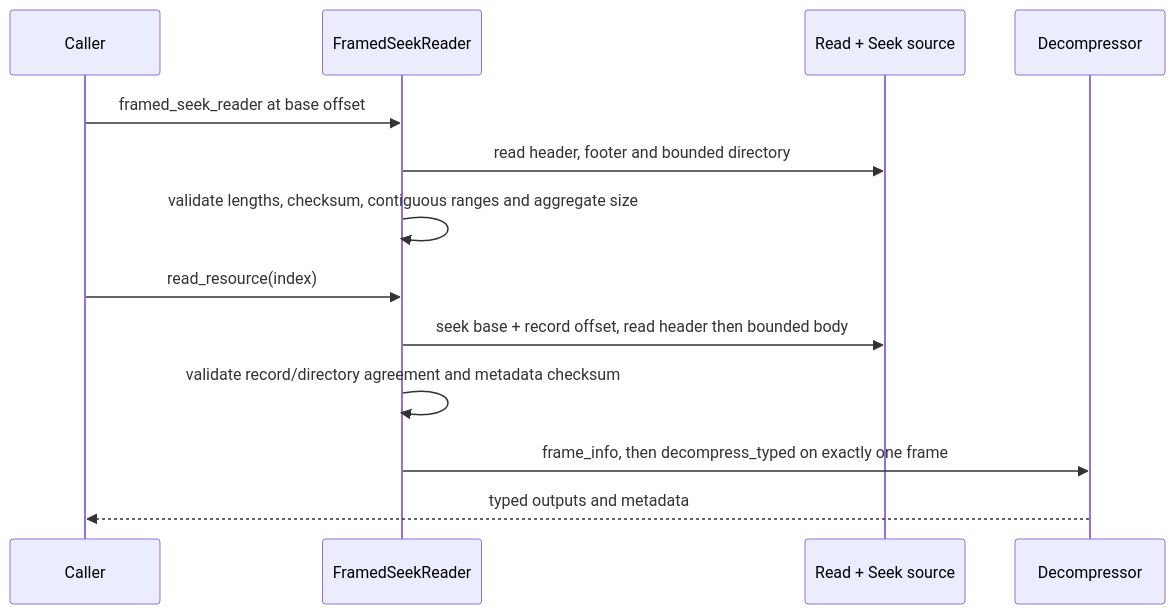
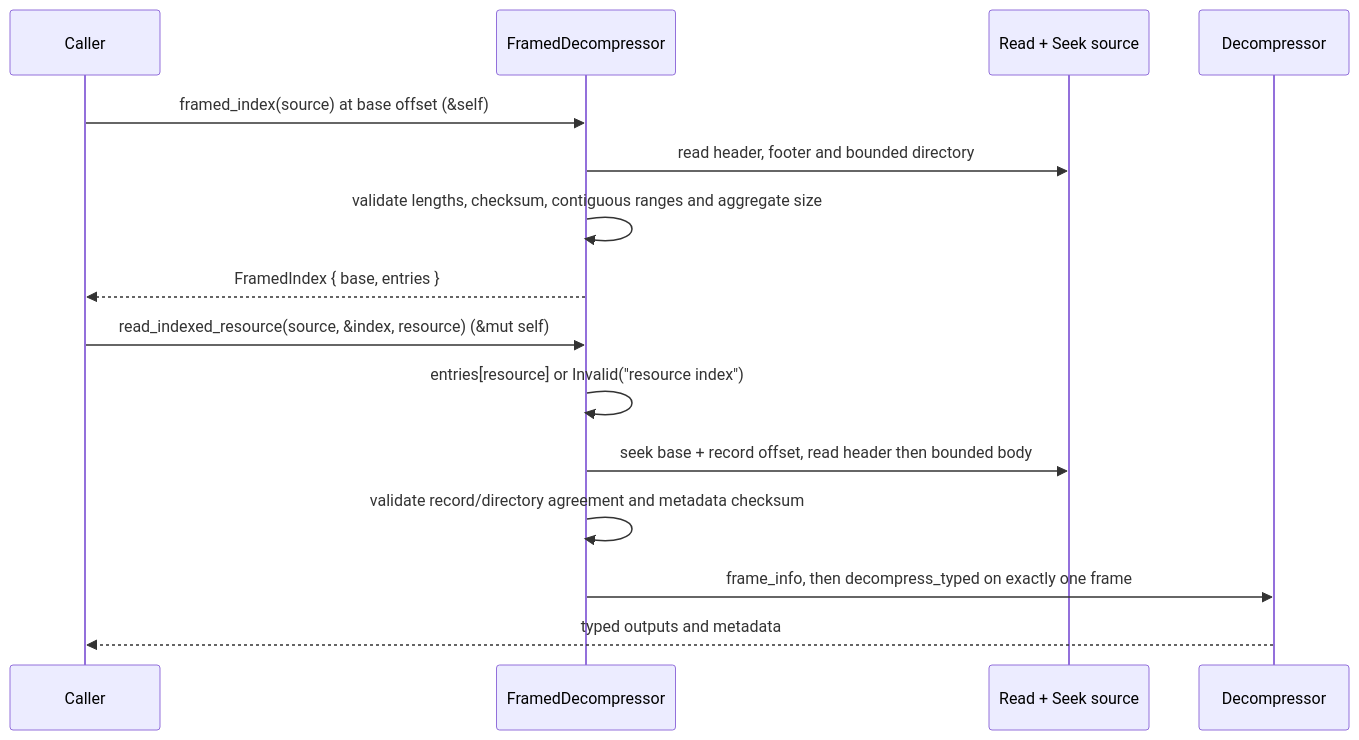
One commit to M-Compressors/mopenzl changed the fifth of 6 diagrams in architecture/framing.md. Above: the diagram before and after it, drawn with Mermaid. The commit also changed other lines of this file and 16 other files, not shown here.

Commit message:
Impl `framing::FramedIndex`, `FramedDecompressor::framed_index` and `FramedDecompressor::read_indexed_resource`

````diff
--- a/architecture/framing.md
+++ b/architecture/framing.md
@@ -155,15 +157,17 @@
 ```mermaid
 sequenceDiagram
     participant C as Caller
-    participant S as FramedSeekReader
+    participant F as FramedDecompressor
     participant R as Read + Seek source
     participant D as Decompressor
-    C->>S: framed_seek_reader at base offset
-    S->>R: read header, footer and bounded directory
-    S->>S: validate lengths, checksum, contiguous ranges and aggregate size
-    C->>S: read_resource(index)
-    S->>R: seek base + record offset, read header then bounded body
-    S->>S: validate record/directory agreement and metadata checksum
-    S->>D: frame_info, then decompress_typed on exactly one frame
+    C->>F: framed_index(source) at base offset (&self)
+    F->>R: read header, footer and bounded directory
+    F->>F: validate lengths, checksum, contiguous ranges and aggregate size
+    F-->>C: FramedIndex { base, entries }
+    C->>F: read_indexed_resource(source, &index, resource) (&mut self)
+    F->>F: entries[resource] or Invalid("resource index")
+    F->>R: seek base + record offset, read header then bounded body
+    F->>F: validate record/directory agreement and metadata checksum
+    F->>D: frame_info, then decompress_typed on exactly one frame
     D-->>C: typed outputs and metadata
 ```
````
